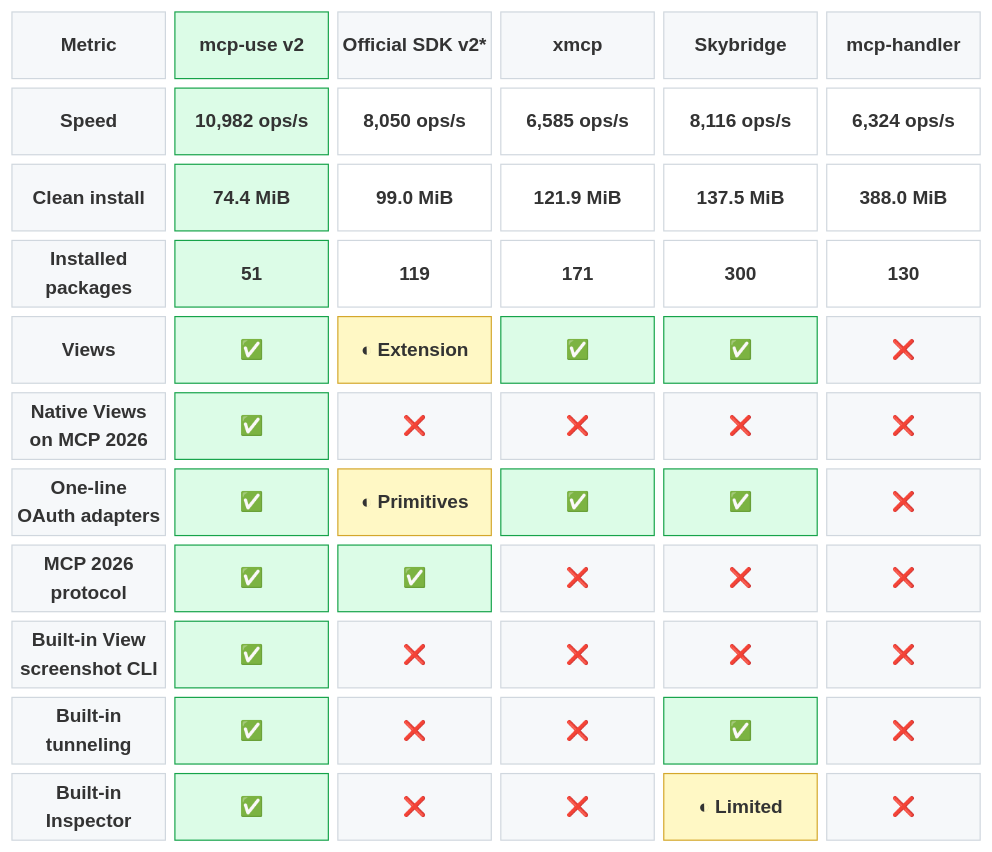
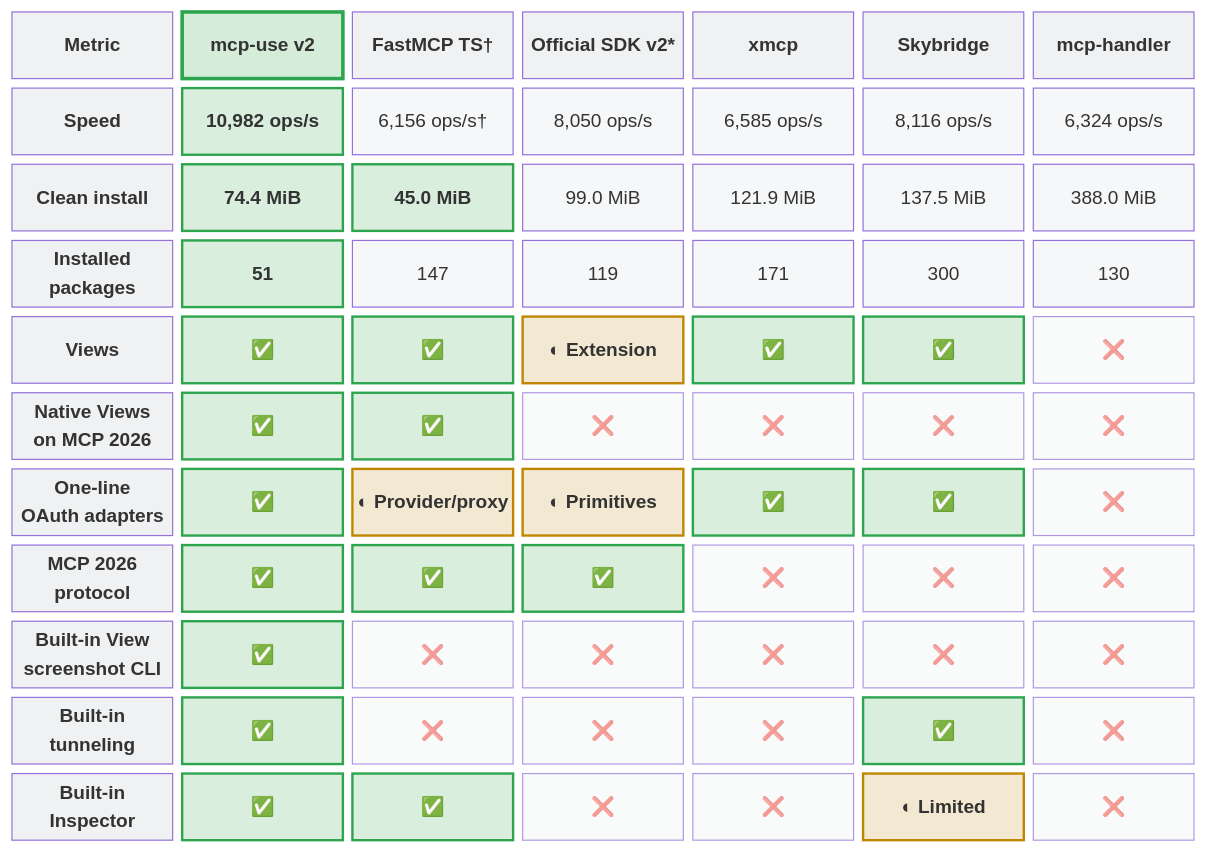
The diagram in README.md (mcp-use/mcp-use), drawn with Mermaid before and after one commit. The commit also changed other lines of this file and 1 other file, not shown here.

Commit message:
docs: compare FastMCP TypeScript

````diff
--- a/README.md
+++ b/README.md
@@ -280,33 +280,33 @@
 ```mermaid
 block-beta
-  columns 6
+  columns 7
 
-  metric["Metric"] mcp["mcp-use v2"] official["Official SDK v2*"] xmcp["xmcp"] skybridge["Skybridge"] handler["mcp-handler"]
+  metric["Metric"] mcp["mcp-use v2"] fastmcp["FastMCP TS†"] official["Official SDK v2*"] xmcp["xmcp"] skybridge["Skybridge"] handler["mcp-handler"]
 
-  speed["Speed"] speedMcp["10,982 ops/s"] speedOfficial["8,050 ops/s"] speedXmcp["6,585 ops/s"] speedSkybridge["8,116 ops/s"] speedHandler["6,324 ops/s"]
-  install["Clean install"] installMcp["74.4 MiB"] installOfficial["99.0 MiB"] installXmcp["121.9 MiB"] installSkybridge["137.5 MiB"] installHandler["388.0 MiB"]
-  packages["Installed<br/>packages"] packagesMcp["51"] packagesOfficial["119"] packagesXmcp["171"] packagesSkybridge["300"] packagesHandler["130"]
-  views["Views"] viewsMcp["✅"] viewsOfficial["◐ Extension"] viewsXmcp["✅"] viewsSkybridge["✅"] viewsHandler["❌"]
-  nativeViews["Native Views<br/>on MCP 2026"] nativeViewsMcp["✅"] nativeViewsOfficial["❌"] nativeViewsXmcp["❌"] nativeViewsSkybridge["❌"] nativeViewsHandler["❌"]
-  oauth["One-line<br/>OAuth adapters"] oauthMcp["✅"] oauthOfficial["◐ Primitives"] oauthXmcp["✅"] oauthSkybridge["✅"] oauthHandler["❌"]
-  protocol["MCP 2026<br/>protocol"] protocolMcp["✅"] protocolOfficial["✅"] protocolXmcp["❌"] protocolSkybridge["❌"] protocolHandler["❌"]
-  screenshot["Built-in View<br/>screenshot CLI"] screenshotMcp["✅"] screenshotOfficial["❌"] screenshotXmcp["❌"] screenshotSkybridge["❌"] screenshotHandler["❌"]
-  tunnel["Built-in<br/>tunneling"] tunnelMcp["✅"] tunnelOfficial["❌"] tunnelXmcp["❌"] tunnelSkybridge["✅"] tunnelHandler["❌"]
-  inspector["Built-in<br/>Inspector"] inspectorMcp["✅"] inspectorOfficial["❌"] inspectorXmcp["❌"] inspectorSkybridge["◐ Limited"] inspectorHandler["❌"]
+  speed["Speed"] speedMcp["10,982 ops/s"] speedFast["6,156 ops/s†"] speedOfficial["8,050 ops/s"] speedXmcp["6,585 ops/s"] speedSkybridge["8,116 ops/s"] speedHandler["6,324 ops/s"]
+  install["Clean install"] installMcp["74.4 MiB"] installFast["45.0 MiB"] installOfficial["99.0 MiB"] installXmcp["121.9 MiB"] installSkybridge["137.5 MiB"] installHandler["388.0 MiB"]
+  packages["Installed<br/>packages"] packagesMcp["51"] packagesFast["147"] packagesOfficial["119"] packagesXmcp["171"] packagesSkybridge["300"] packagesHandler["130"]
+  views["Views"] viewsMcp["✅"] viewsFast["✅"] viewsOfficial["◐ Extension"] viewsXmcp["✅"] viewsSkybridge["✅"] viewsHandler["❌"]
+  nativeViews["Native Views<br/>on MCP 2026"] nativeViewsMcp["✅"] nativeViewsFast["✅"] nativeViewsOfficial["❌"] nativeViewsXmcp["❌"] nativeViewsSkybridge["❌"] nativeViewsHandler["❌"]
+  oauth["One-line<br/>OAuth adapters"] oauthMcp["✅"] oauthFast["◐ Provider/proxy"] oauthOfficial["◐ Primitives"] oauthXmcp["✅"] oauthSkybridge["✅"] oauthHandler["❌"]
+  protocol["MCP 2026<br/>protocol"] protocolMcp["✅"] protocolFast["✅"] protocolOfficial["✅"] protocolXmcp["❌"] protocolSkybridge["❌"] protocolHandler["❌"]
+  screenshot["Built-in View<br/>screenshot CLI"] screenshotMcp["✅"] screenshotFast["❌"] screenshotOfficial["❌"] screenshotXmcp["❌"] screenshotSkybridge["❌"] screenshotHandler["❌"]
+  tunnel["Built-in<br/>tunneling"] tunnelMcp["✅"] tunnelFast["❌"] tunnelOfficial["❌"] tunnelXmcp["❌"] tunnelSkybridge["✅"] tunnelHandler["❌"]
+  inspector["Built-in<br/>Inspector"] inspectorMcp["✅"] inspectorFast["✅"] inspectorOfficial["❌"] inspectorXmcp["❌"] inspectorSkybridge["◐ Limited"] inspectorHandler["❌"]
 
-  classDef label fill:#f6f8fa,stroke:#d0d7de,color:#1f2328,font-weight:bold
-  classDef brand fill:#dcfce7,stroke:#16a34a,color:#166534,font-weight:bold
-  classDef header fill:#f6f8fa,stroke:#d0d7de,color:#1f2328,font-weight:bold
-  classDef value fill:#ffffff,stroke:#d0d7de,color:#1f2328
-  classDef leader fill:#dcfce7,stroke:#16a34a,color:#166534,font-weight:bold
-  classDef partial fill:#fff8c5,stroke:#d4a72c,color:#633c01,font-weight:bold
-  classDef unavailable fill:#f6f8fa,stroke:#d0d7de,color:#6e7781
+  classDef metricLabel fill:#6e76811a,font-weight:bold
+  classDef brand fill:#2ea04333,stroke:#2da44e,stroke-width:3px,font-weight:bold
+  classDef header fill:#6e76811a,font-weight:bold
+  classDef value fill:#6e76810f,stroke-width:1px
+  classDef leader fill:#2ea0432e,stroke:#2da44e,stroke-width:2px,font-weight:bold
+  classDef partial fill:#bb80092e,stroke:#bf8700,stroke-width:2px,font-weight:bold
+  classDef unavailable fill:#6e76810f,opacity:0.72
 
-  class metric,speed,install,packages,views,nativeViews,oauth,protocol,screenshot,tunnel,inspector label
+  class metric,speed,install,packages,views,nativeViews,oauth,protocol,screenshot,tunnel,inspector metricLabel
   class mcp brand
-  class official,xmcp,skybridge,handler header
-  class speedOfficial,speedXmcp,speedSkybridge,speedHandler,installOfficial,installXmcp,installSkybridge,installHandler,packagesOfficial,packagesXmcp,packagesSkybridge,packagesHandler value
-  class speedMcp,installMcp,packagesMcp,viewsMcp,viewsXmcp,viewsSkybridge,nativeViewsMcp,oauthMcp,oauthXmcp,oauthSkybridge,protocolMcp,protocolOfficial,screenshotMcp,tunnelMcp,tunnelSkybridge,inspectorMcp leader
-  class viewsOfficial,oauthOfficial,inspectorSkybridge partial
-  class viewsHandler,nativeViewsOfficial,nativeViewsXmcp,nativeViewsSkybridge,nativeViewsHandler,oauthHandler,protocolXmcp,protocolSkybridge,protocolHandler,screenshotOfficial,screenshotXmcp,screenshotSkybridge,screenshotHandler,tunnelOfficial,tunnelXmcp,tunnelHandler,inspectorOfficial,inspectorXmcp,inspectorHandler unavailable
+  class fastmcp,official,xmcp,skybridge,handler header
+  class speedFast,speedOfficial,speedXmcp,speedSkybridge,speedHandler,installOfficial,installXmcp,installSkybridge,installHandler,packagesFast,packagesOfficial,packagesXmcp,packagesSkybridge,packagesHandler value
+  class speedMcp,installMcp,installFast,packagesMcp,viewsMcp,viewsFast,viewsXmcp,viewsSkybridge,nativeViewsMcp,nativeViewsFast,oauthMcp,oauthXmcp,oauthSkybridge,protocolMcp,protocolFast,protocolOfficial,screenshotMcp,tunnelMcp,tunnelSkybridge,inspectorMcp,inspectorFast leader
+  class oauthFast,viewsOfficial,oauthOfficial,inspectorSkybridge partial
+  class viewsHandler,nativeViewsOfficial,nativeViewsXmcp,nativeViewsSkybridge,nativeViewsHandler,oauthHandler,protocolXmcp,protocolSkybridge,protocolHandler,screenshotFast,screenshotOfficial,screenshotXmcp,screenshotSkybridge,screenshotHandler,tunnelFast,tunnelOfficial,tunnelXmcp,tunnelHandler,inspectorOfficial,inspectorXmcp,inspectorHandler unavailable
 ```
````
